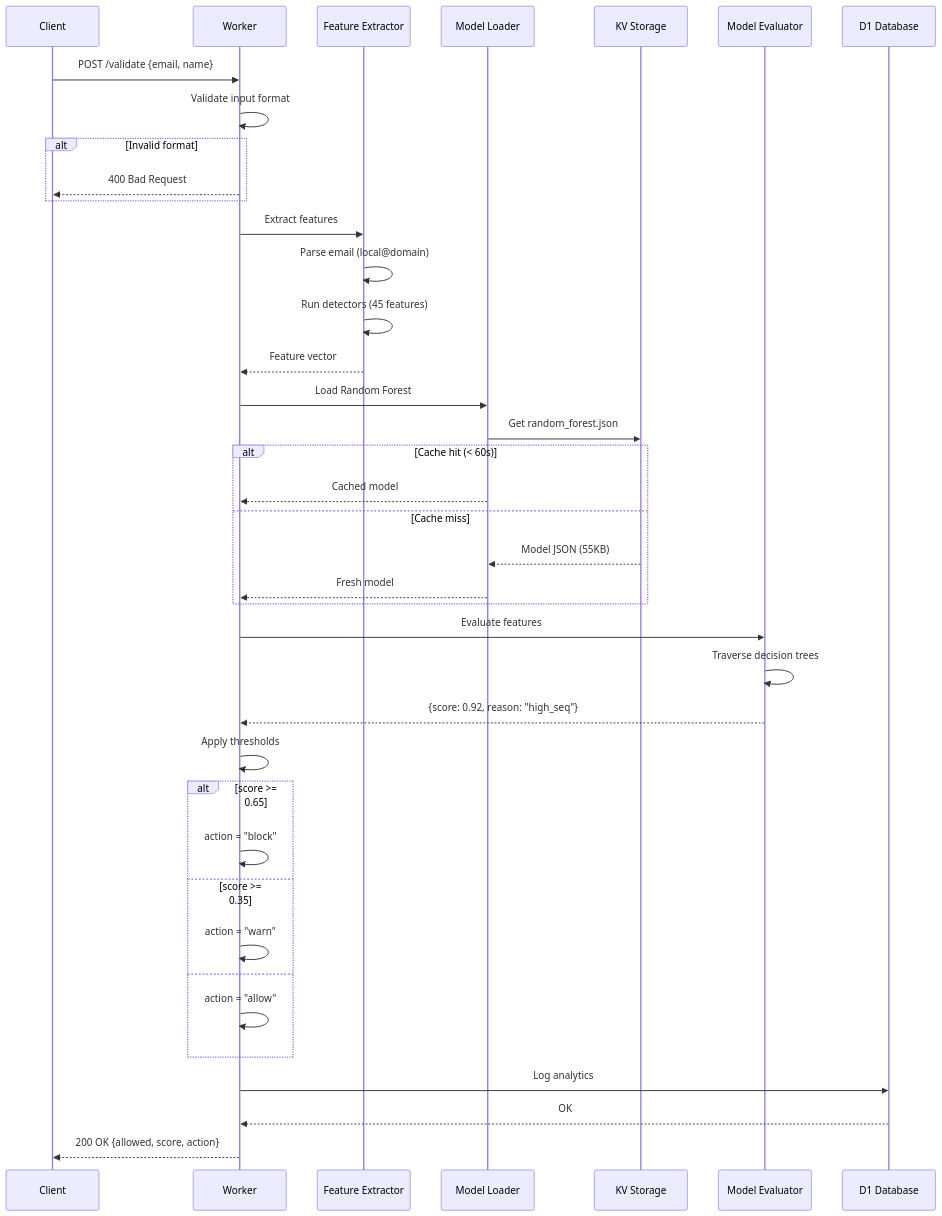
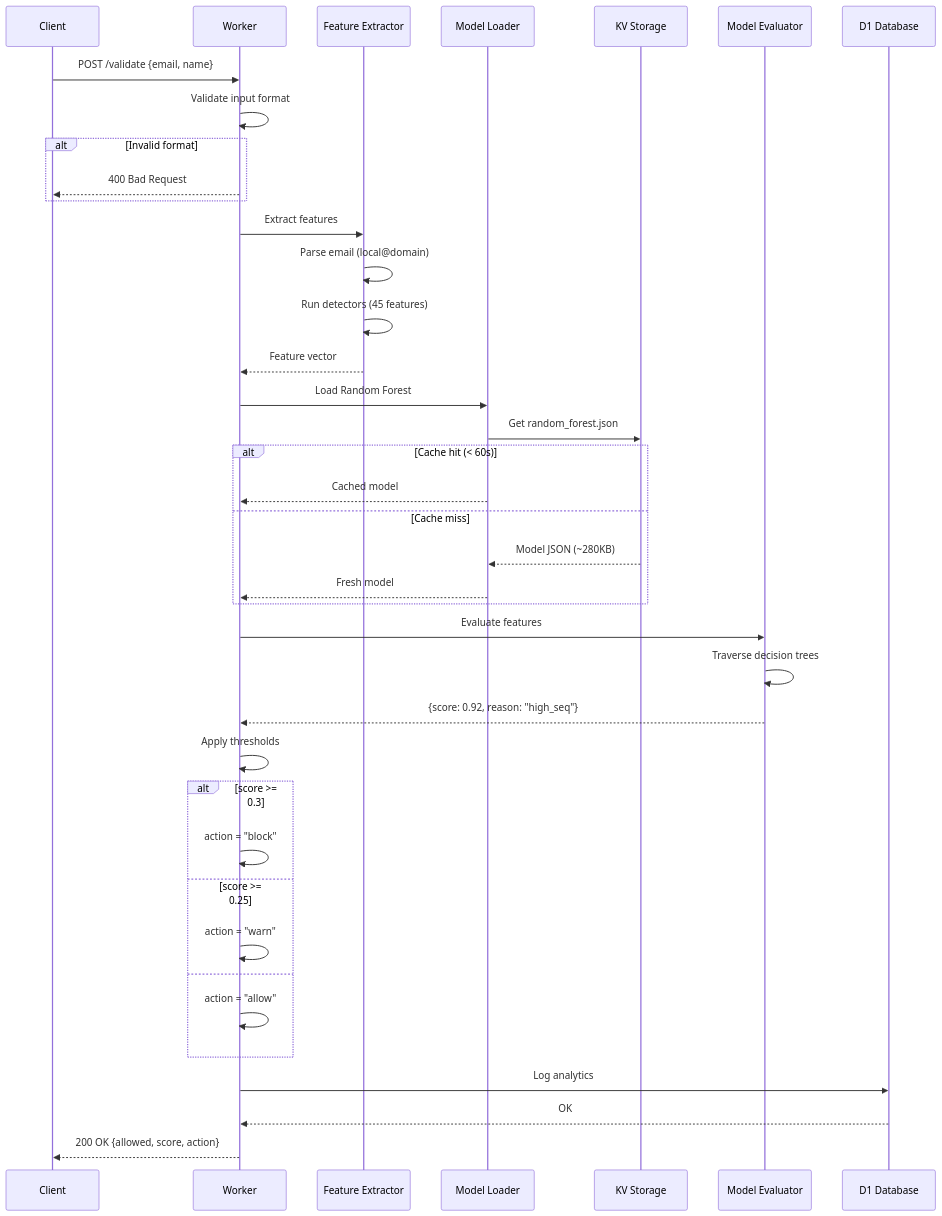
Before and after one commit to erfianugrah/markov-mail: the second of 7 diagrams in docs/ARCHITECTURE.md, drawn with Mermaid. The commit also changed other lines of this file and 18 other files, not shown here.

First line of the commit message:
Refactor model architecture and add comprehensive documentation

````diff
--- a/docs/ARCHITECTURE.md
+++ b/docs/ARCHITECTURE.md
@@ -107,49 +107,49 @@
 ```mermaid
 sequenceDiagram
     participant Client
     participant Worker
     participant FeatureExtractor as Feature Extractor
     participant ModelLoader as Model Loader
     participant KV as KV Storage
     participant ModelEval as Model Evaluator
     participant D1 as D1 Database
 
     Client->>Worker: POST /validate {email, name}
 
     Worker->>Worker: Validate input format
     alt Invalid format
         Worker-->>Client: 400 Bad Request
     end
 
     Worker->>FeatureExtractor: Extract features
     FeatureExtractor->>FeatureExtractor: Parse email (local@domain)
     FeatureExtractor->>FeatureExtractor: Run detectors (45 features)
     FeatureExtractor-->>Worker: Feature vector
 
     Worker->>ModelLoader: Load Random Forest
     ModelLoader->>KV: Get random_forest.json
     alt Cache hit (< 60s)
         ModelLoader-->>Worker: Cached model
     else Cache miss
-        KV-->>ModelLoader: Model JSON (55KB)
+        KV-->>ModelLoader: Model JSON (~280KB)
         ModelLoader-->>Worker: Fresh model
     end
 
     Worker->>ModelEval: Evaluate features
     ModelEval->>ModelEval: Traverse decision trees
     ModelEval-->>Worker: {score: 0.92, reason: "high_seq"}
 
     Worker->>Worker: Apply thresholds
-    alt score >= 0.65
+    alt score >= 0.3
         Worker->>Worker: action = "block"
-    else score >= 0.35
+    else score >= 0.25
         Worker->>Worker: action = "warn"
     else
         Worker->>Worker: action = "allow"
     end
 
     Worker->>D1: Log analytics
     D1-->>Worker: OK
 
     Worker-->>Client: 200 OK {allowed, score, action}
 ```
````
